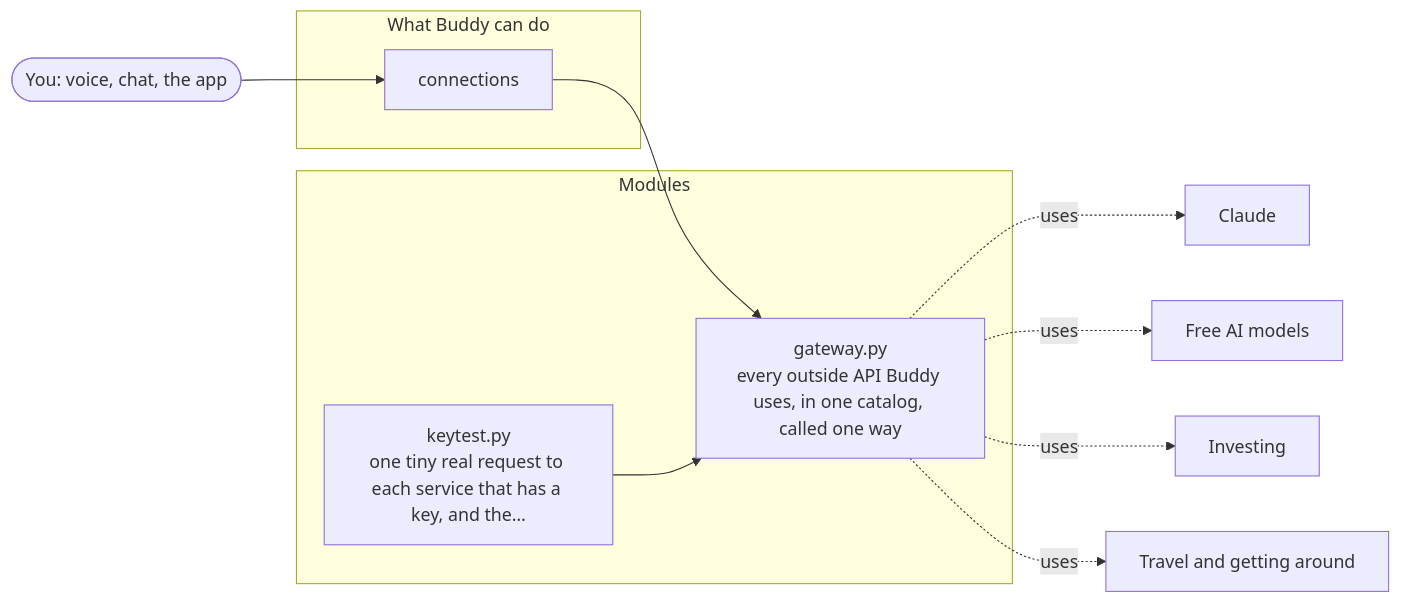
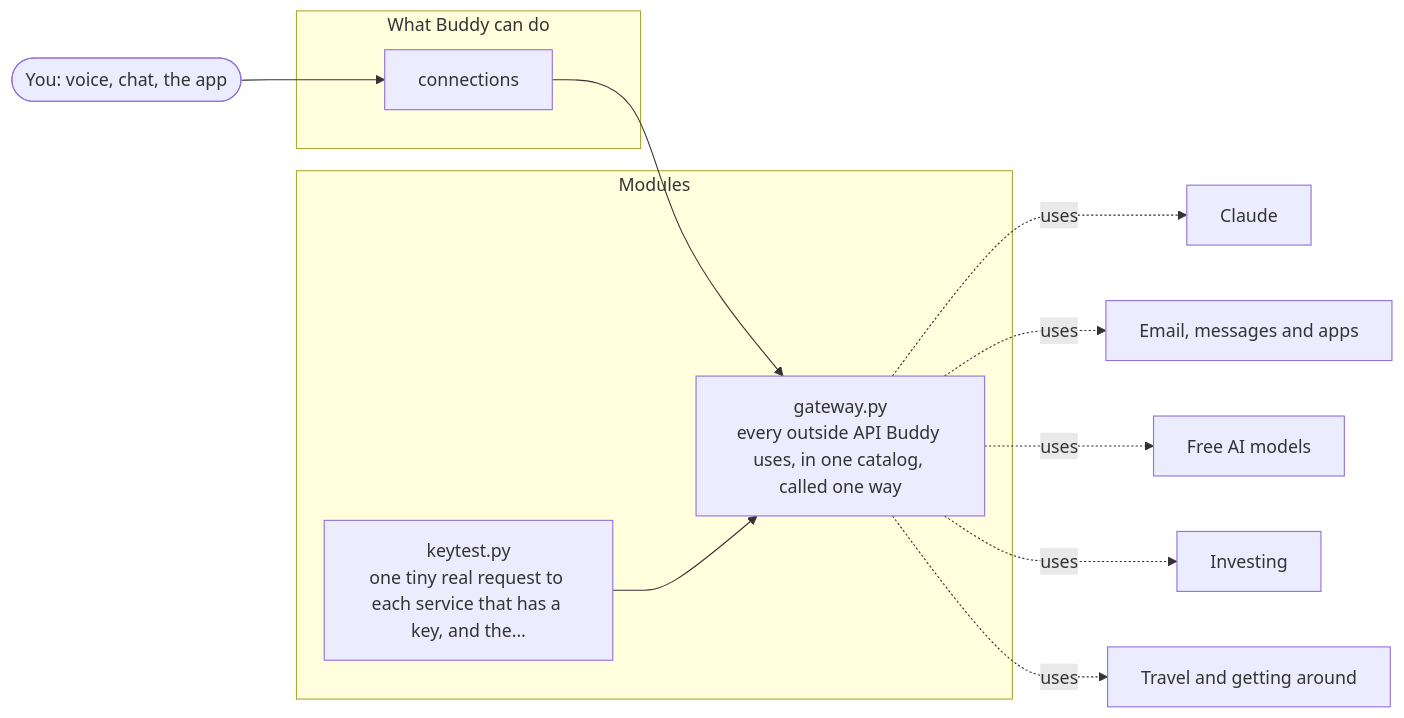
One commit to aneesh304810/BuddyAgent changed the diagram in docs/architecture/03-buddy-connect.md. Above: the diagram before and after it, drawn with Mermaid. The commit also changed other lines of this file and 12 other files, not shown here.

````diff
--- a/docs/architecture/03-buddy-connect.md
+++ b/docs/architecture/03-buddy-connect.md
@@ -7,22 +7,24 @@
 ```mermaid
 flowchart LR
     you(["You: voice, chat, the app"])
     subgraph Tools["What Buddy can do"]
         t_connections["connections"]
     end
     subgraph Modules["Modules"]
         gateway_py["gateway.py<br/>every outside API Buddy uses, in one catalog, called one way"]
         keytest_py["keytest.py<br/>one tiny real request to each service that has a key, and the…"]
     end
     you --> t_connections
     t_connections --> gateway_py
     keytest_py --> gateway_py
     o_0["Claude"]
     gateway_py -. uses .-> o_0
-    o_1["Free AI models"]
+    o_1["Email, messages and apps"]
     gateway_py -. uses .-> o_1
-    o_2["Investing"]
+    o_2["Free AI models"]
     gateway_py -. uses .-> o_2
-    o_3["Travel and getting around"]
+    o_3["Investing"]
     gateway_py -. uses .-> o_3
+    o_4["Travel and getting around"]
+    gateway_py -. uses .-> o_4
 ```
````
